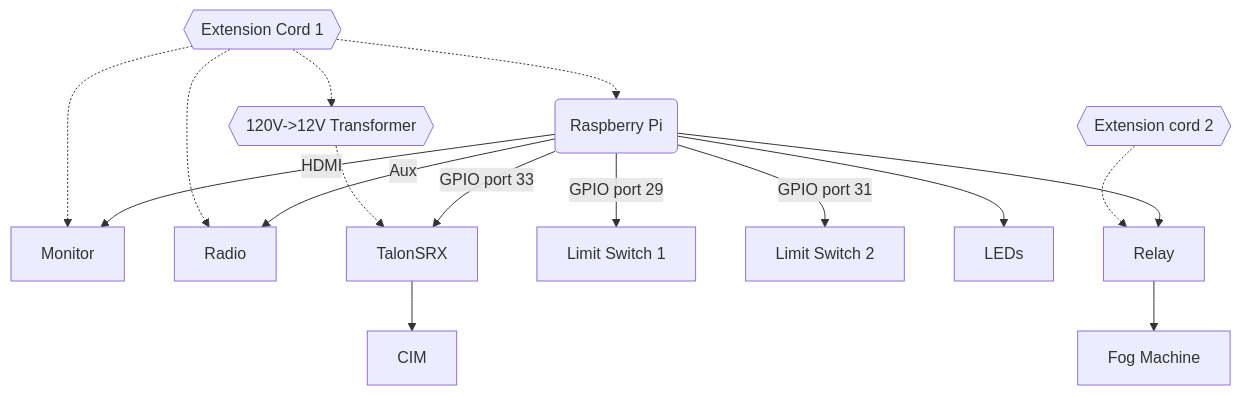
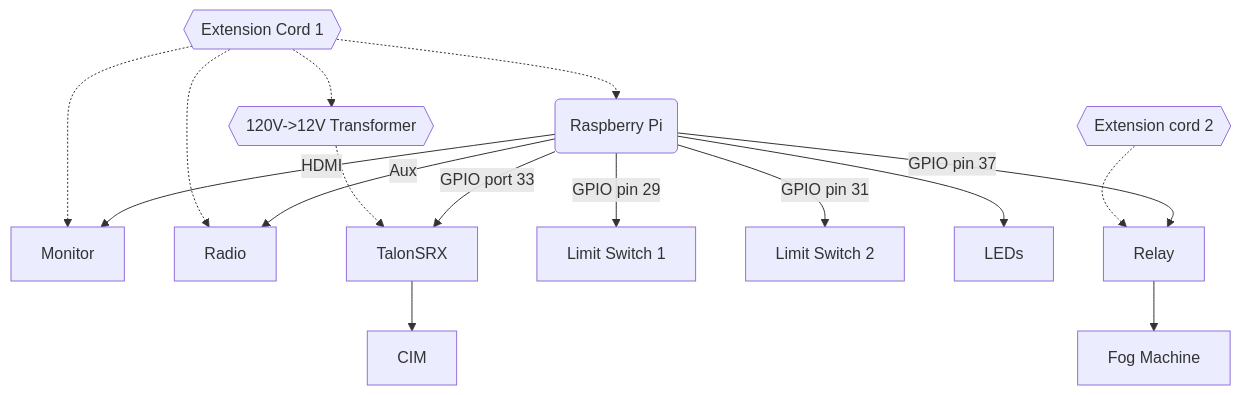
The diagram in README.md (ky28059/floats-2022), drawn with Mermaid before and after one commit. The commit also changed 4 other files, not shown here.

````diff
--- a/README.md
+++ b/README.md
@@ -6,18 +6,18 @@
 ```mermaid
 graph TD;
     Pi(Raspberry Pi)-->|HDMI|Monitor;
     Pi-->|Aux|Radio;
     Pi-->|GPIO port 33|TalonSRX;
     TalonSRX-->CIM;
     T{{120V->12V Transformer}}-.->TalonSRX;
     E1{{Extension Cord 1}}-.->T;
-    Pi-->|GPIO port 29|L1[Limit Switch 1];
-    Pi-->|GPIO port 31|L2[Limit Switch 2];
+    Pi-->|GPIO pin 29|L1[Limit Switch 1];
+    Pi-->|GPIO pin 31|L2[Limit Switch 2];
     Pi-->LEDs;
-    Pi-->Relay;
+    Pi-->|GPIO pin 37|Relay;
     Relay-->F[Fog Machine];
     E2{{Extension cord 2}}-.->Relay;
     E1-.->Pi;
     E1-.->Monitor;
     E1-.->Radio;
 ```
````
